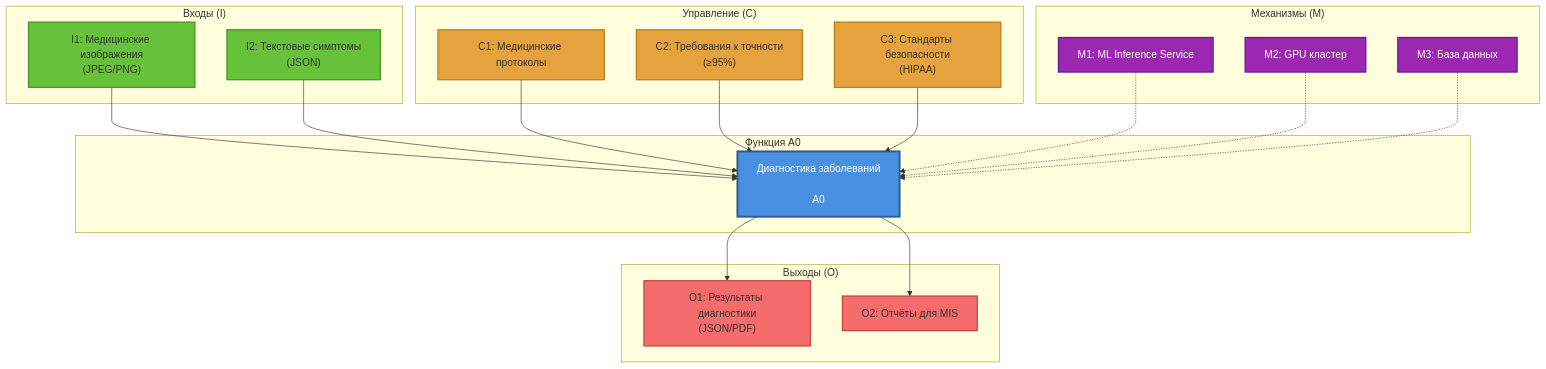
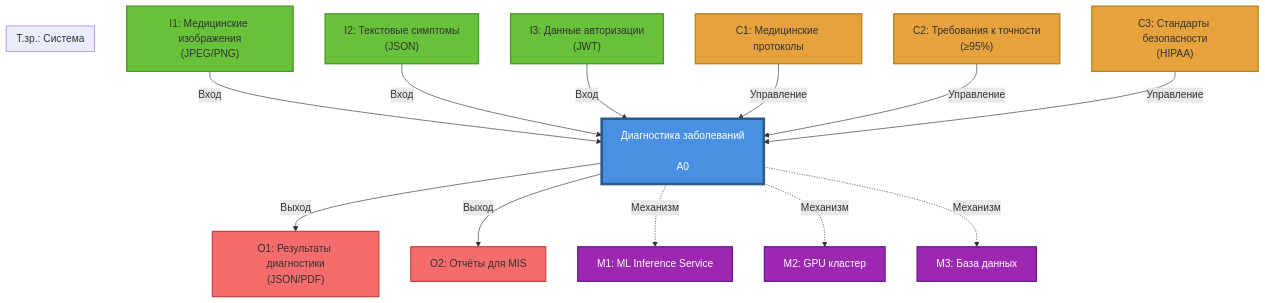
The first of 2 diagrams in src/architecture/idef0.md (Edisheri/system-engineering-playbook), drawn with Mermaid before and after one commit. The commit also changed other lines of this file and 2 other files, not shown here.

````diff
--- a/src/architecture/idef0.md
+++ b/src/architecture/idef0.md
@@ -30,51 +30,33 @@
 ```mermaid
 flowchart TB
-    subgraph Inputs["Входы (I)"]
-        I1["I1: Медицинские изображения<br/>(JPEG/PNG)"]
-        I2["I2: Текстовые симптомы<br/>(JSON)"]
+    subgraph Perspective["Т.зр.: Система"]
     end
     
-    subgraph Controls["Управление (C)"]
-        C1["C1: Медицинские протоколы"]
-        C2["C2: Требования к точности<br/>(≥95%)"]
-        C3["C3: Стандарты безопасности<br/>(HIPAA)"]
-    end
+    I1["I1: Медицинские изображения<br/>(JPEG/PNG)"] -->|Вход| A0["Диагностика заболеваний<br/><br/>A0"]
+    I2["I2: Текстовые симптомы<br/>(JSON)"] -->|Вход| A0
+    I3["I3: Данные авторизации<br/>(JWT)"] -->|Вход| A0
     
-    subgraph Function["Функция A0"]
-        A0["Диагностика заболеваний<br/><br/>A0"]
-    end
+    C1["C1: Медицинские протоколы"] -->|Управление| A0
+    C2["C2: Требования к точности<br/>(≥95%)"] -->|Управление| A0
+    C3["C3: Стандарты безопасности<br/>(HIPAA)"] -->|Управление| A0
     
-    subgraph Outputs["Выходы (O)"]
-        O1["O1: Результаты диагностики<br/>(JSON/PDF)"]
-        O2["O2: Отчёты для MIS"]
-    end
+    A0 -->|Выход| O1["O1: Результаты диагностики<br/>(JSON/PDF)"]
+    A0 -->|Выход| O2["O2: Отчёты для MIS"]
     
-    subgraph Mechanisms["Механизмы (M)"]
-        M1["M1: ML Inference Service"]
-        M2["M2: GPU кластер"]
-        M3["M3: База данных"]
-    end
+    A0 -.->|Механизм| M1["M1: ML Inference Service"]
+    A0 -.->|Механизм| M2["M2: GPU кластер"]
+    A0 -.->|Механизм| M3["M3: База данных"]
     
-    I1 --> A0
-    I2 --> A0
-    C1 --> A0
-    C2 --> A0
-    C3 --> A0
-    A0 --> O1
-    A0 --> O2
-    M1 -.-> A0
-    M2 -.-> A0
-    M3 -.-> A0
-    
-    style A0 fill:#4a90e2,stroke:#2e5c8a,stroke-width:3px,color:#fff
+    style A0 fill:#4a90e2,stroke:#2e5c8a,stroke-width:4px,color:#fff
     style I1 fill:#67c23a,stroke:#4a9428,stroke-width:2px
     style I2 fill:#67c23a,stroke:#4a9428,stroke-width:2px
+    style I3 fill:#67c23a,stroke:#4a9428,stroke-width:2px
     style O1 fill:#f56c6c,stroke:#c94545,stroke-width:2px
     style O2 fill:#f56c6c,stroke:#c94545,stroke-width:2px
     style C1 fill:#e6a23c,stroke:#b8821e,stroke-width:2px
     style C2 fill:#e6a23c,stroke:#b8821e,stroke-width:2px
     style C3 fill:#e6a23c,stroke:#b8821e,stroke-width:2px
     style M1 fill:#9c27b0,stroke:#6a1b9a,stroke-width:2px,color:#fff
     style M2 fill:#9c27b0,stroke:#6a1b9a,stroke-width:2px,color:#fff
     style M3 fill:#9c27b0,stroke:#6a1b9a,stroke-width:2px,color:#fff
 ```
````
